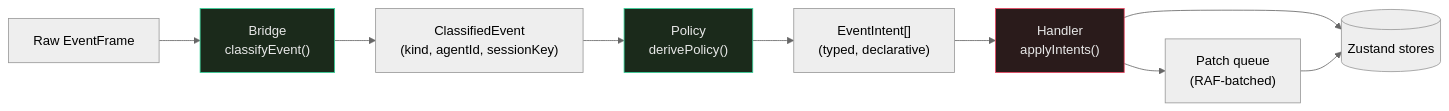
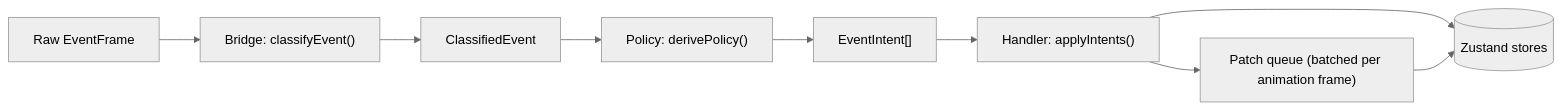
One commit to clawboo/clawboo changed the diagram in docs/internals/event-pipeline.md. Above: the diagram before and after it, drawn with Mermaid (neutral theme). The commit also changed other lines of this file and 81 other files, not shown here.

````diff
--- a/docs/internals/event-pipeline.md
+++ b/docs/internals/event-pipeline.md
@@ -20,16 +44,11 @@
 ```mermaid
 flowchart LR
-    F[Raw EventFrame] --> B["Bridge<br/>classifyEvent()"]
-    B --> C["ClassifiedEvent<br/>(kind, agentId, sessionKey)"]
-    C --> P["Policy<br/>derivePolicy()"]
-    P --> I["EventIntent[]<br/>(typed, declarative)"]
-    I --> H["Handler<br/>applyIntents()"]
-    H --> Q["Patch queue<br/>(RAF-batched)"]
+    F[Raw EventFrame] --> B["Bridge: classifyEvent()"]
+    B --> C[ClassifiedEvent]
+    C --> P["Policy: derivePolicy()"]
+    P --> I["EventIntent[]"]
+    I --> H["Handler: applyIntents()"]
+    H --> Q["Patch queue (batched per animation frame)"]
     H --> Z[(Zustand stores)]
     Q --> Z
-
-    classDef pure fill:#1b2a1b,stroke:#34d399,color:#e8e8e8
-    classDef stateful fill:#2a1b1b,stroke:#e94560,color:#e8e8e8
-    class B,P pure
-    class H stateful
 ```
````
